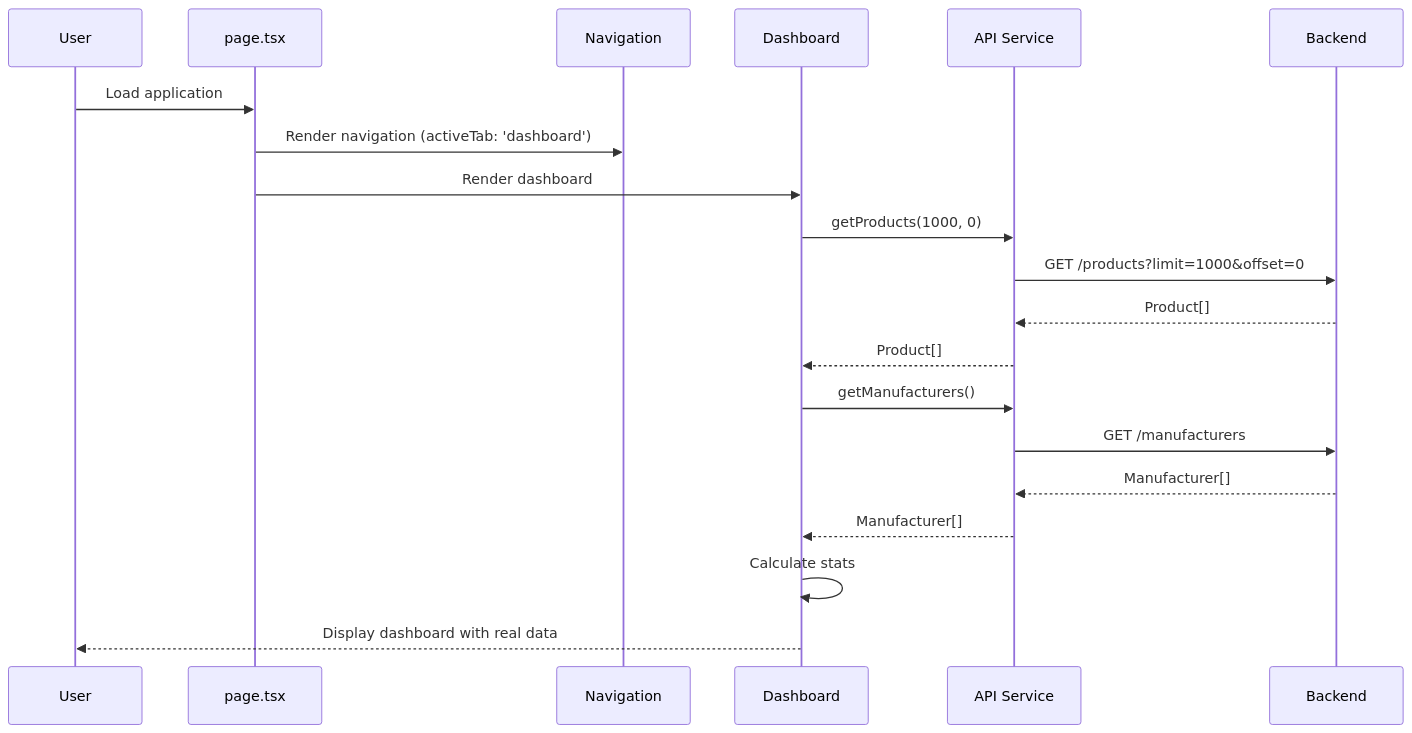
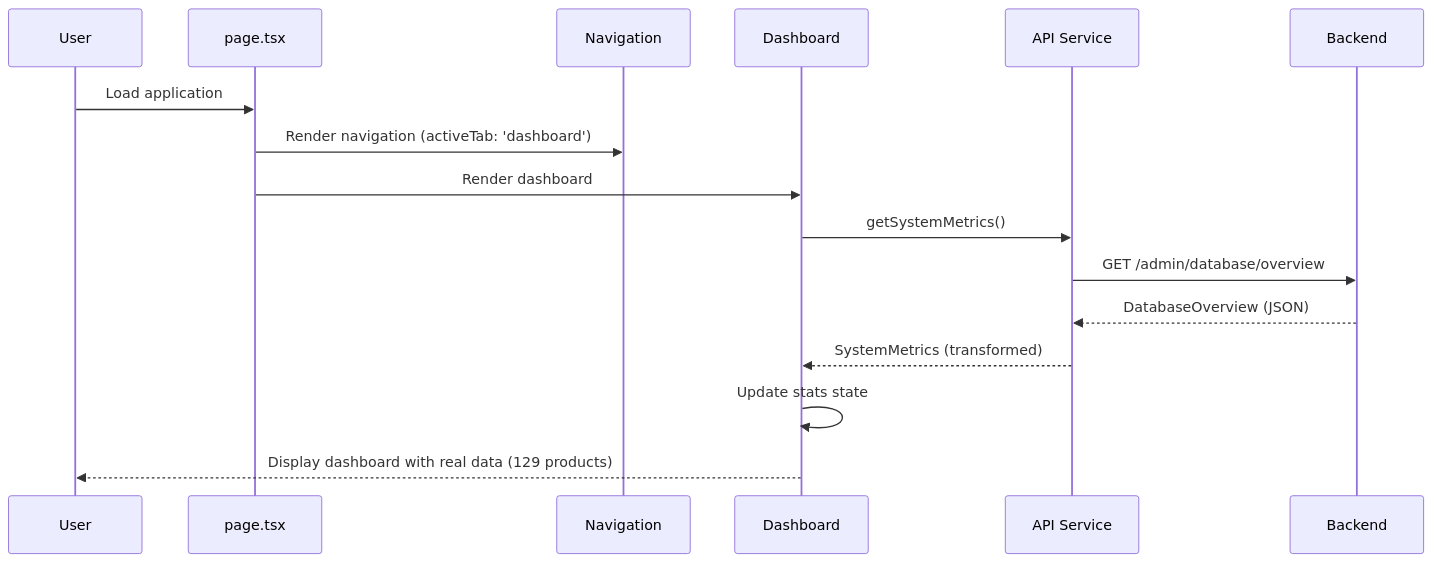
Before and after one commit to markbunyevacz/Lambda-demo: the first of 3 diagrams in docs/COMPONENT_RELATIONSHIPS.md, drawn with Mermaid. The commit also changed other lines of this file and 9 other files, not shown here.

````diff
--- a/docs/COMPONENT_RELATIONSHIPS.md
+++ b/docs/COMPONENT_RELATIONSHIPS.md
@@ -377,26 +377,21 @@
 ```mermaid
 sequenceDiagram
     participant U as User
     participant P as page.tsx
     participant N as Navigation
     participant D as Dashboard
     participant A as API Service
     participant B as Backend
     
     U->>P: Load application
     P->>N: Render navigation (activeTab: 'dashboard')
     P->>D: Render dashboard
     
-    D->>A: getProducts(1000, 0)
-    A->>B: GET /products?limit=1000&offset=0
-    B-->>A: Product[]
-    A-->>D: Product[]
+    D->>A: getSystemMetrics()
+    A->>B: GET /admin/database/overview
+    B-->>A: DatabaseOverview (JSON)
+    A-->>D: SystemMetrics (transformed)
     
-    D->>A: getManufacturers()
-    A->>B: GET /manufacturers
-    B-->>A: Manufacturer[]
-    A-->>D: Manufacturer[]
-    
-    D->>D: Calculate stats
-    D-->>U: Display dashboard with real data
+    D->>D: Update stats state
+    D-->>U: Display dashboard with real data (129 products)
 ```
````
